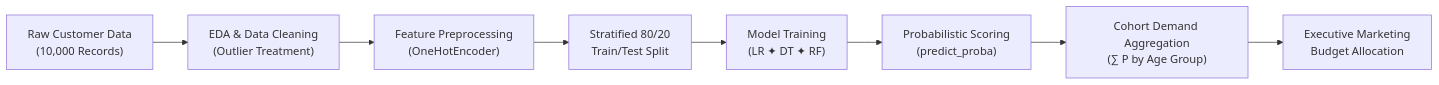
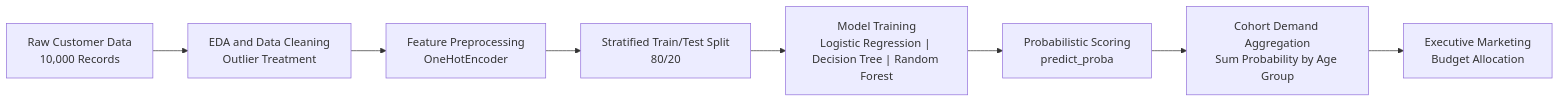
One commit to tushar032004/AI-Cosmetics-Purchase-Prediction changed the diagram in README.md. Above: the diagram before and after it, drawn with Mermaid. The commit also changed other lines of this file, not shown here.

````diff
--- a/README.md
+++ b/README.md
@@ -37,10 +37,10 @@
 ```mermaid
 flowchart LR
-    A["Raw Customer Data<br/>(10,000 Records)"] --> B["EDA & Data Cleaning<br/>(Outlier Treatment)"]
-    B --> C["Feature Preprocessing<br/>(OneHotEncoder)"]
-    C --> D["Stratified 80/20<br/>Train/Test Split"]
-    D --> E["Model Training<br/>(LR ✦ DT ✦ RF)"]
-    E --> F["Probabilistic Scoring<br/>(predict_proba)"]
-    F --> G["Cohort Demand Aggregation<br/>(∑ P by Age Group)"]
-    G --> H["Executive Marketing<br/>Budget Allocation"]
+    A["Raw Customer Data<br>10,000 Records"] --> B["EDA and Data Cleaning<br>Outlier Treatment"]
+    B --> C["Feature Preprocessing<br>OneHotEncoder"]
+    C --> D["Stratified Train/Test Split<br>80/20"]
+    D --> E["Model Training<br>Logistic Regression | Decision Tree | Random Forest"]
+    E --> F["Probabilistic Scoring<br>predict_proba"]
+    F --> G["Cohort Demand Aggregation<br>Sum Probability by Age Group"]
+    G --> H["Executive Marketing<br>Budget Allocation"]
 ```
````
